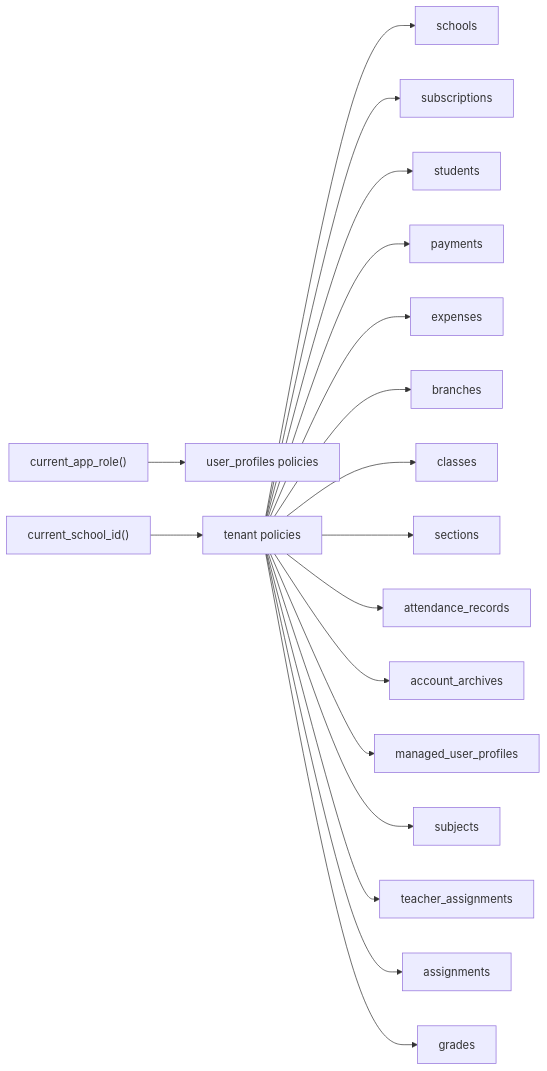
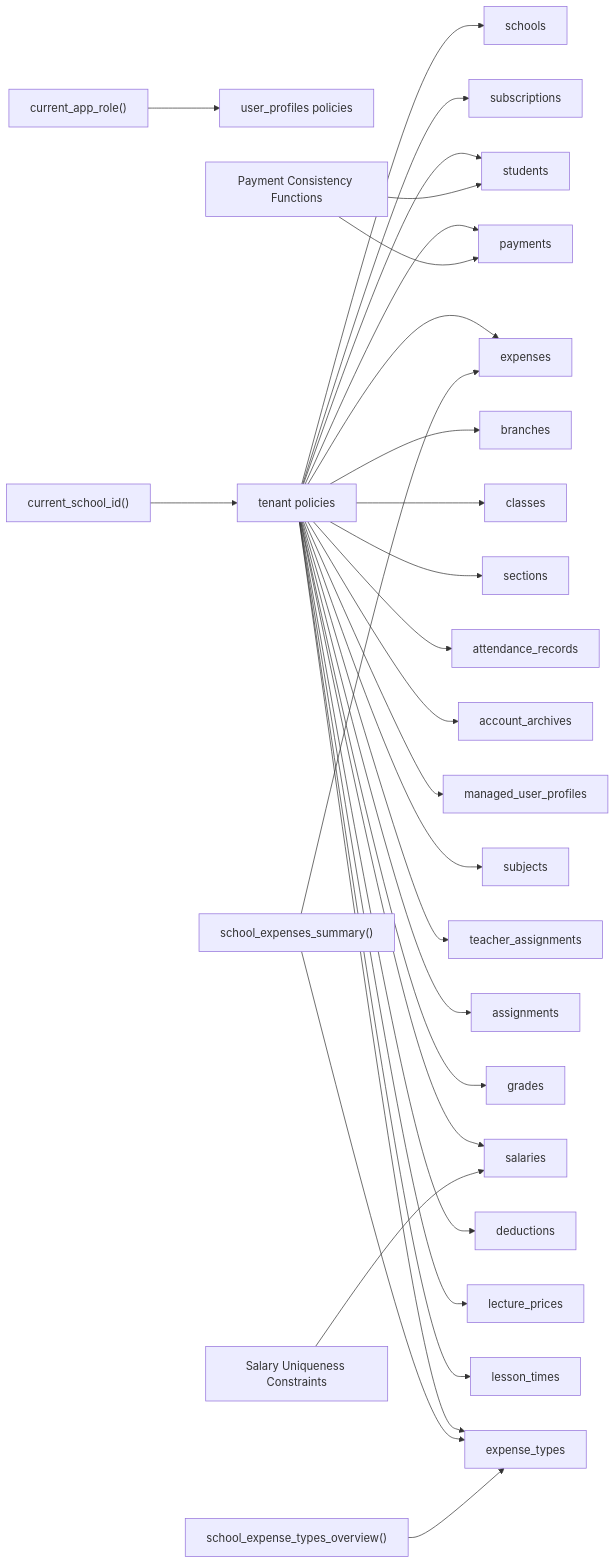
One commit to mustafaalkusaj/appschoolmustafa2002 changed the fourth of 4 diagrams in .qoder/repowiki/en/content/Database Design/Database Design.md. Above: the diagram before and after it, drawn with Mermaid. The commit also changed other lines of this file and 32884 other files, not shown here.

````diff
--- a/.qoder/repowiki/en/content/Database Design/Database Design.md
+++ b/.qoder/repowiki/en/content/Database Design/Database Design.md
@@ -382,20 +500,31 @@
 ```mermaid
 graph LR
 CF1["current_app_role()"] --> P1["user_profiles policies"]
 CF2["current_school_id()"] --> P2["tenant policies"]
 P2 --> TBL1["schools"]
 P2 --> TBL2["subscriptions"]
 P2 --> TBL3["students"]
 P2 --> TBL4["payments"]
 P2 --> TBL5["expenses"]
 P2 --> TBL6["branches"]
 P2 --> TBL7["classes"]
 P2 --> TBL8["sections"]
 P2 --> TBL9["attendance_records"]
 P2 --> TBL10["account_archives"]
 P2 --> TBL11["managed_user_profiles"]
 P2 --> TBL12["subjects"]
 P2 --> TBL13["teacher_assignments"]
 P2 --> TBL14["assignments"]
 P2 --> TBL15["grades"]
+P2 --> TBL16["salaries"]
+P2 --> TBL17["deductions"]
+P2 --> TBL18["lecture_prices"]
+P2 --> TBL19["lesson_times"]
+P2 --> TBL20["expense_types"]
+SP1["school_expenses_summary()"] --> TBL5
+SP1 --> TBL20
+SP2["school_expense_types_overview()"] --> TBL20
+PCF["Payment Consistency Functions"] --> TBL3
+PCF --> TBL4
+SUC["Salary Uniqueness Constraints"] --> TBL16
 ```
````
